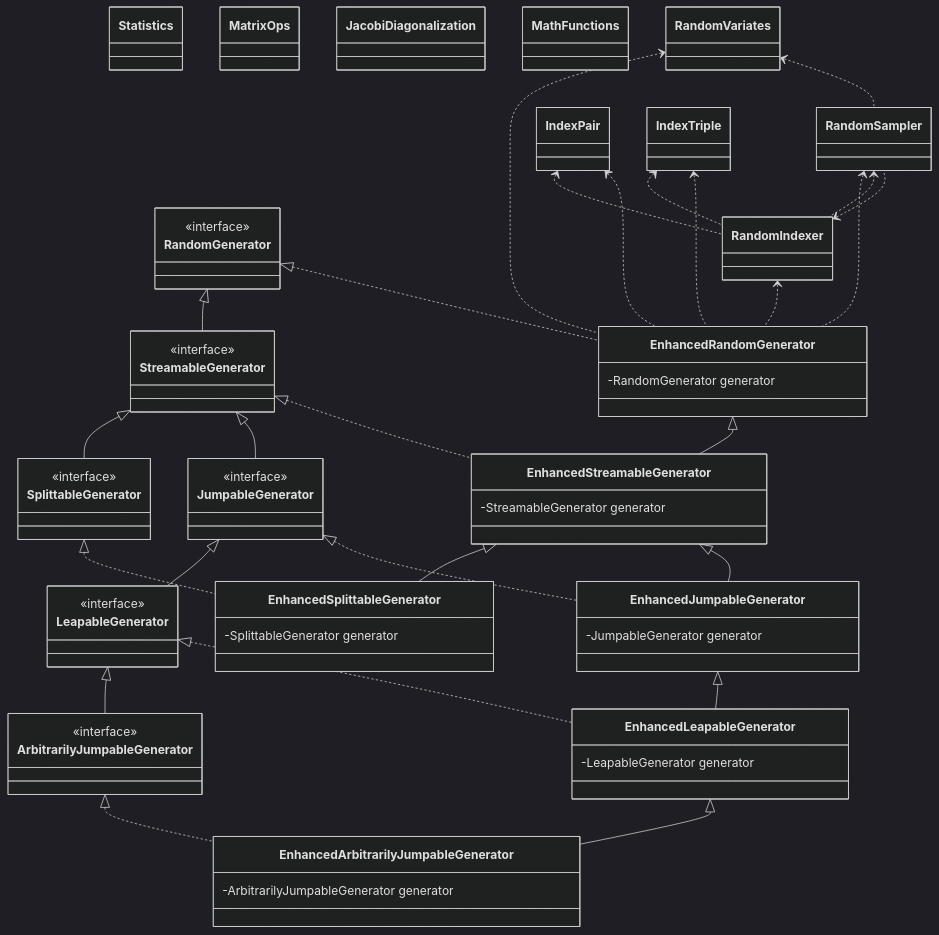
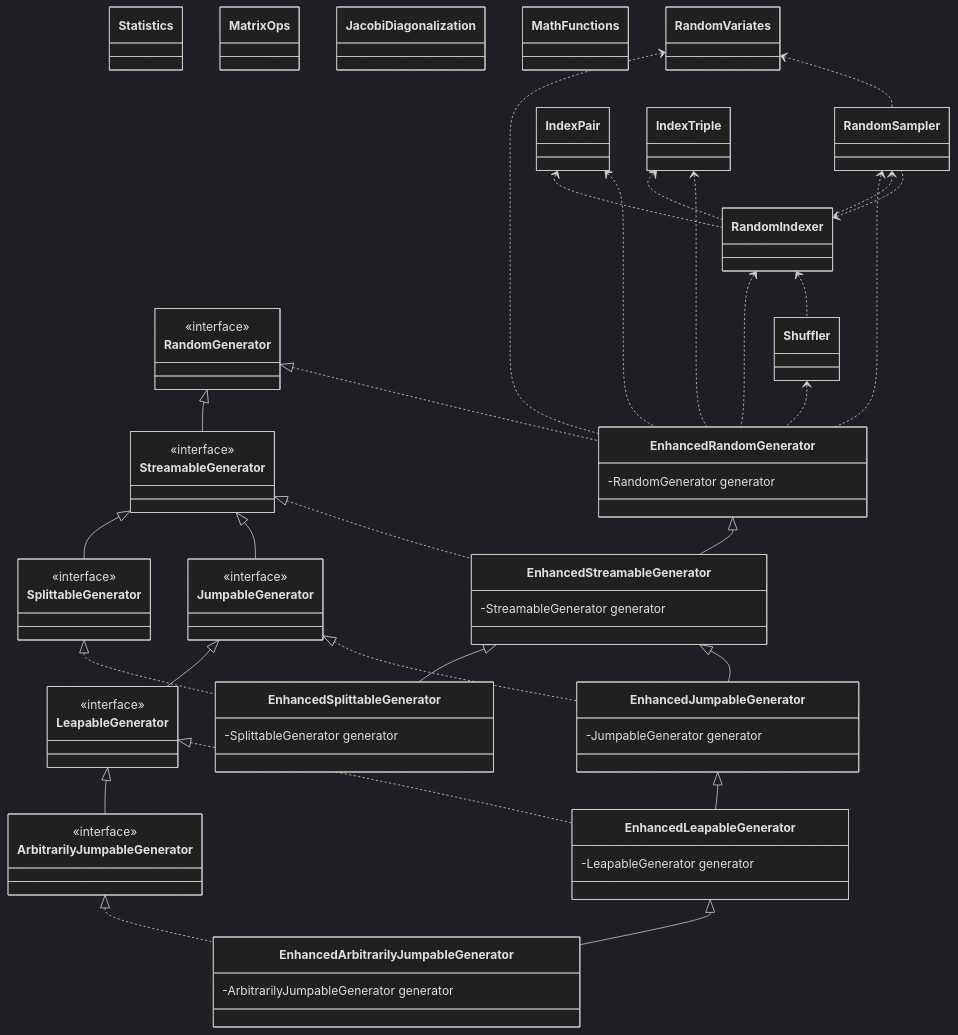
The diagram in README.md (cicirello/rho-mu), drawn with Mermaid (dark theme) before and after one commit.

Commit message:
update UML mermaid diagram

```diff
--- a/README.md
+++ b/README.md
@@ -117,6 +117,9 @@
   RandomIndexer <.. EnhancedRandomGenerator
   RandomIndexer <.. RandomSampler
   RandomSampler <.. RandomIndexer
+  class Shuffler
+  RandomIndexer <.. Shuffler
+  Shuffler <.. EnhancedRandomGenerator
   class RandomVariates
   RandomVariates <.. EnhancedRandomGenerator
   RandomVariates <.. RandomSampler
```
